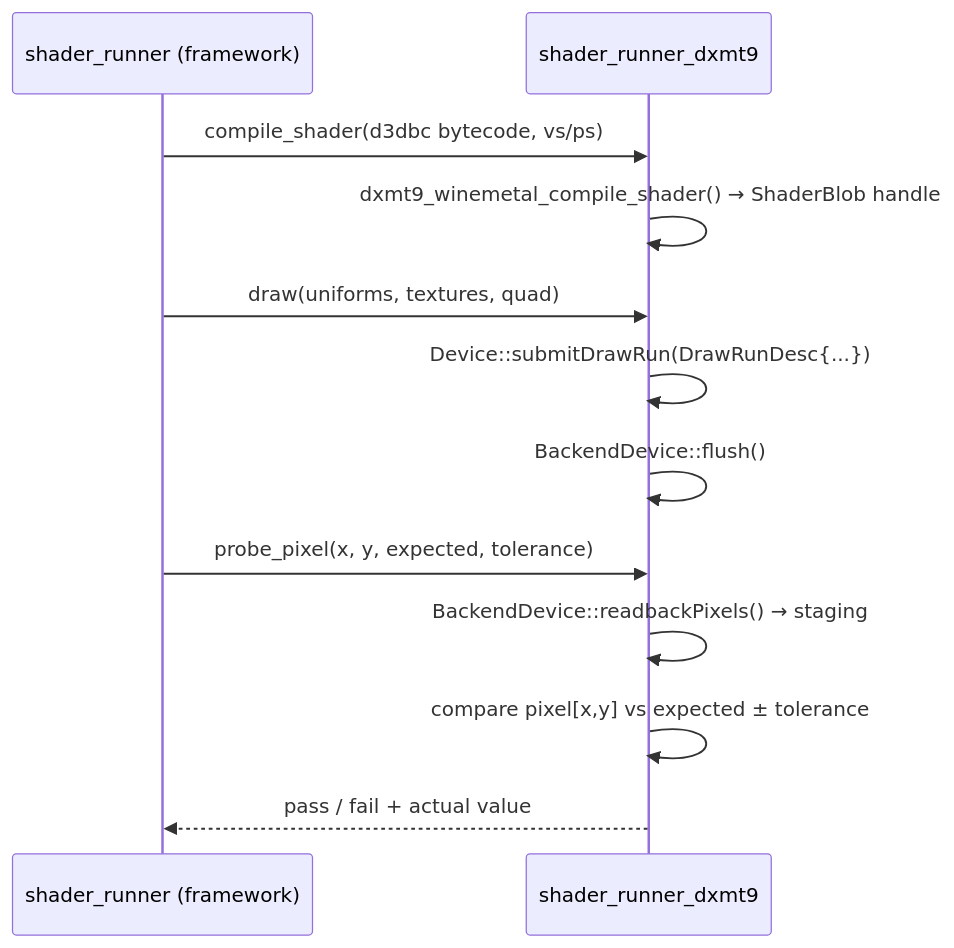
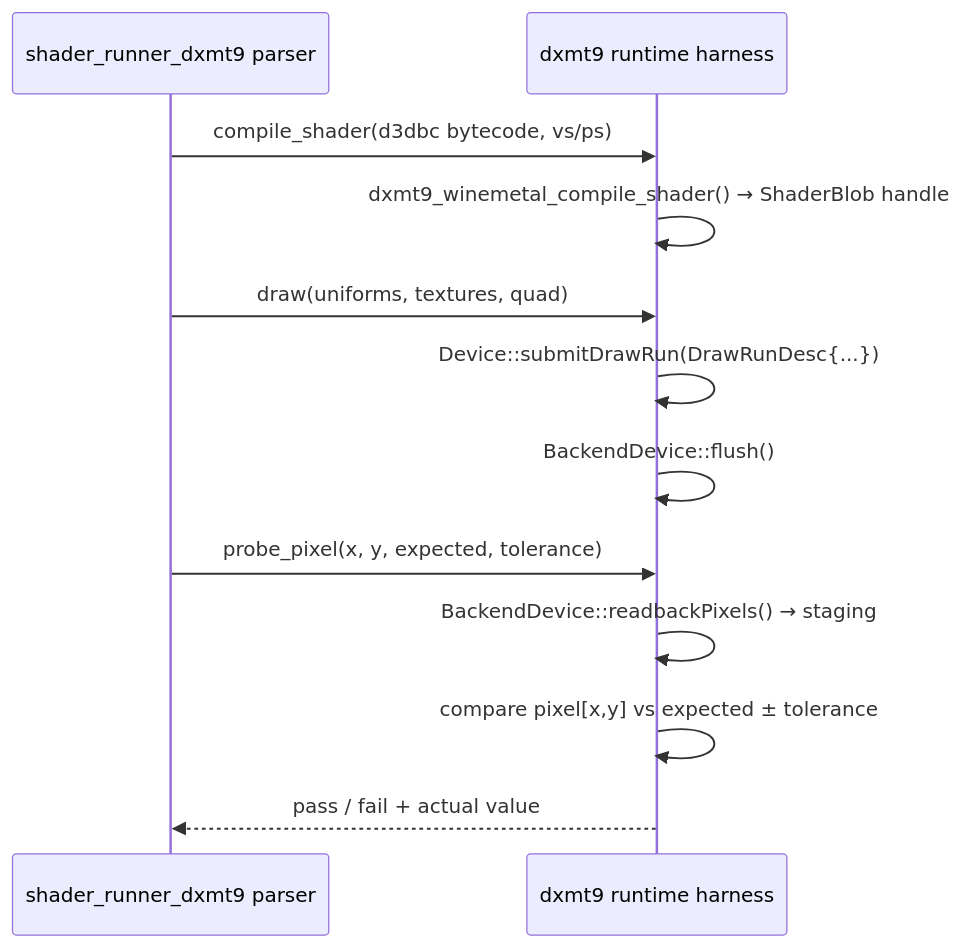
Before and after one commit to dfdgsdfg/dxmt9: the fourth of 7 diagrams in specs/tests/design.md, drawn with Mermaid. The commit also changed other lines of this file and 59 other files, not shown here.

````diff
--- a/specs/tests/design.md
+++ b/specs/tests/design.md
@@ -239,17 +249,17 @@
 ```mermaid
 sequenceDiagram
-    participant R as shader_runner (framework)
-    participant B as shader_runner_dxmt9
+    participant R as shader_runner_dxmt9 parser
+    participant B as dxmt9 runtime harness
 
     R->>B: compile_shader(d3dbc bytecode, vs/ps)
     B->>B: dxmt9_winemetal_compile_shader() → ShaderBlob handle
 
     R->>B: draw(uniforms, textures, quad)
     B->>B: Device::submitDrawRun(DrawRunDesc{...})
     B->>B: BackendDevice::flush()
 
     R->>B: probe_pixel(x, y, expected, tolerance)
     B->>B: BackendDevice::readbackPixels() → staging
     B->>B: compare pixel[x,y] vs expected ± tolerance
     B-->>R: pass / fail + actual value
 ```
````
